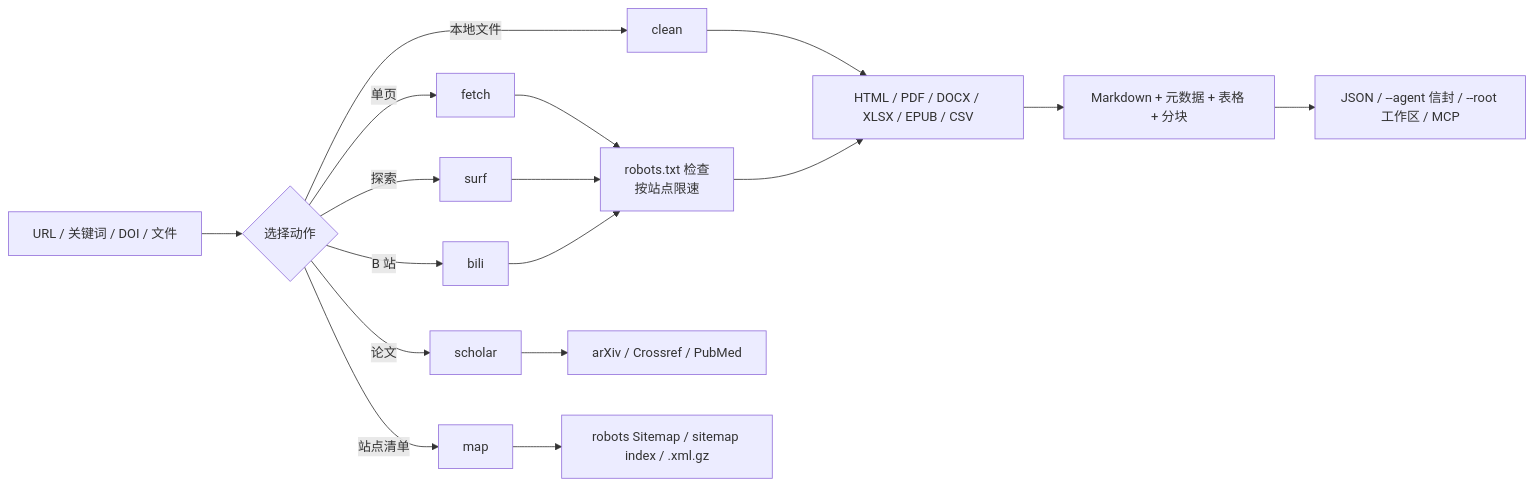
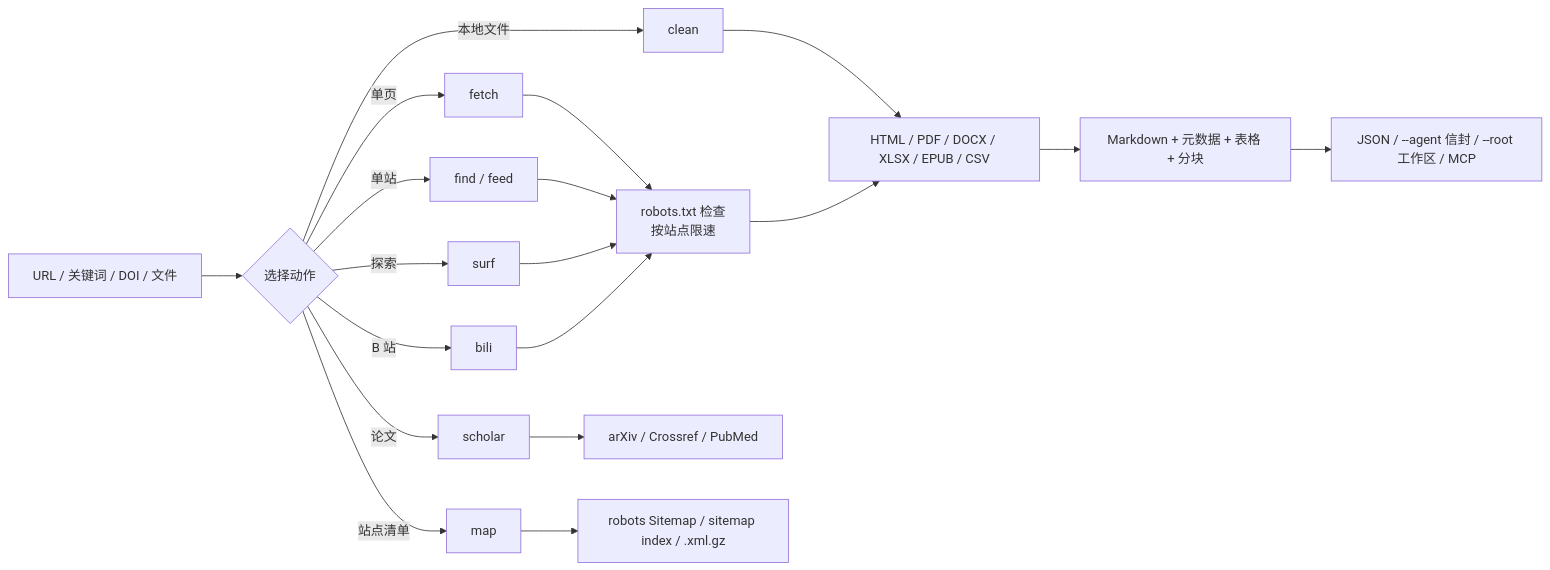
Before and after one commit to JiamingShi-JsPhys/web-forager: the diagram in README_zh.md, drawn with Mermaid. The commit also changed other lines of this file and 28 other files, not shown here.

````diff
--- a/README_zh.md
+++ b/README_zh.md
@@ -44,20 +40,22 @@
 ```mermaid
 flowchart LR
     IN["URL / 关键词 / DOI / 文件"] --> SEL{"选择动作"}
     SEL -->|单页| F["fetch"]
+    SEL -->|单站| FD["find / feed"]
     SEL -->|本地文件| C["clean"]
     SEL -->|论文| S["scholar"]
     SEL -->|站点清单| M["map"]
     SEL -->|探索| W["surf"]
     SEL -->|B 站| B["bili"]
 
     F --> HTTP["robots.txt 检查<br/>按站点限速"]
+    FD --> HTTP
     C --> EXT["HTML / PDF / DOCX / XLSX / EPUB / CSV"]
     S --> API["arXiv / Crossref / PubMed"]
     M --> SM["robots Sitemap / sitemap index / .xml.gz"]
     W --> HTTP
     B --> HTTP
     HTTP --> EXT
     EXT --> MD["Markdown + 元数据 + 表格 + 分块"]
     MD --> OUT["JSON / --agent 信封 / --root 工作区 / MCP"]
 ```
````
